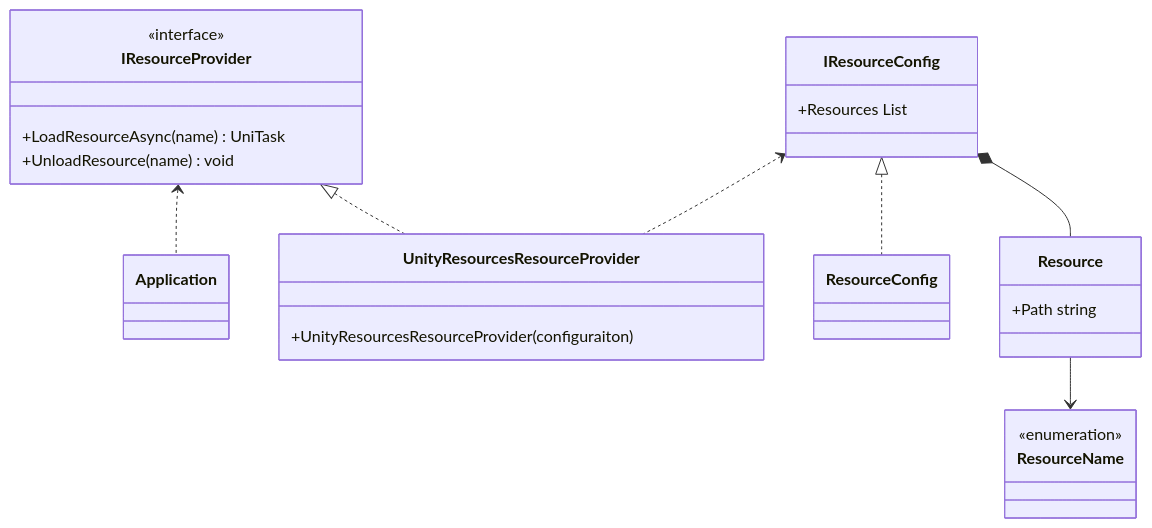
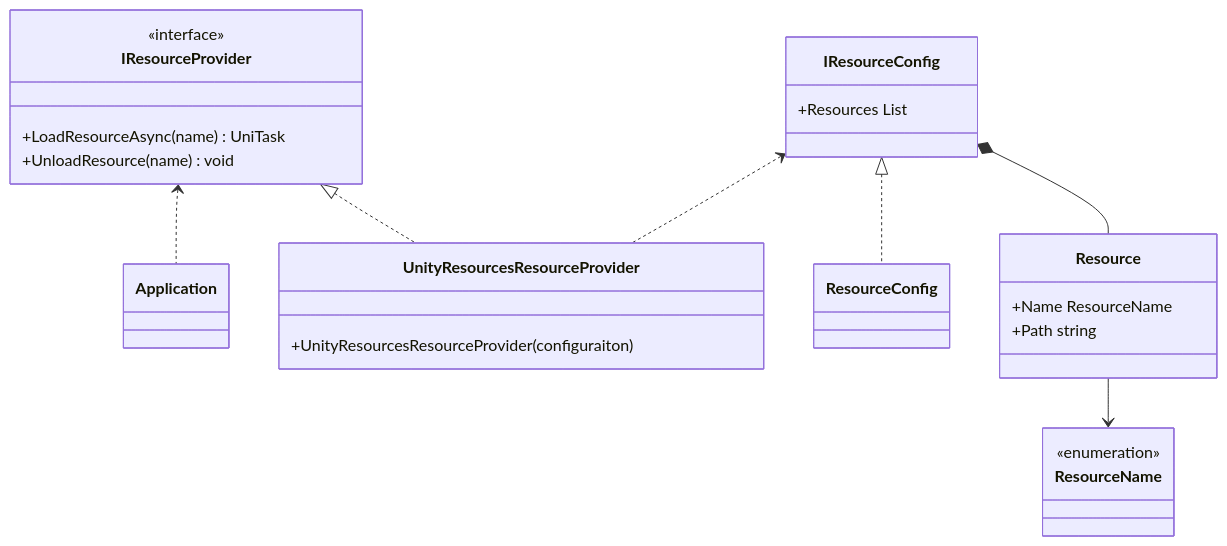
Before and after one commit to extreal-dev/Extreal.Guide: the first of 2 diagrams in docs/core/resource-provider.md, drawn with Mermaid.

Commit message:
クラス図のResourceクラスのNameプロパティを追加

````diff
--- a/docs/core/resource-provider.md
+++ b/docs/core/resource-provider.md
@@ -29,38 +29,39 @@
 ```mermaid
 classDiagram
 
     IResourceProvider <.. Application
     IResourceProvider <|.. UnityResourcesResourceProvider
     IResourceConfig <.. UnityResourcesResourceProvider
     IResourceConfig <|.. ResourceConfig
     IResourceConfig *-- Resource
     Resource --> ResourceName
 
     class Application {
     }
 
     class ResourceName {
         <<enumeration>>
     }
 
     class ResourceConfig {
     }
 
     class IResourceProvider {
         <<interface>>
         +LoadResourceAsync(name) UniTask
         +UnloadResource(name) void
     }
 
     class IResourceConfig {
         +Resources List        
     }
 
     class Resource {
+        +Name ResourceName
         +Path string
     }
 
     class UnityResourcesResourceProvider {
         +UnityResourcesResourceProvider(configuraiton)
     }
 ```
````
